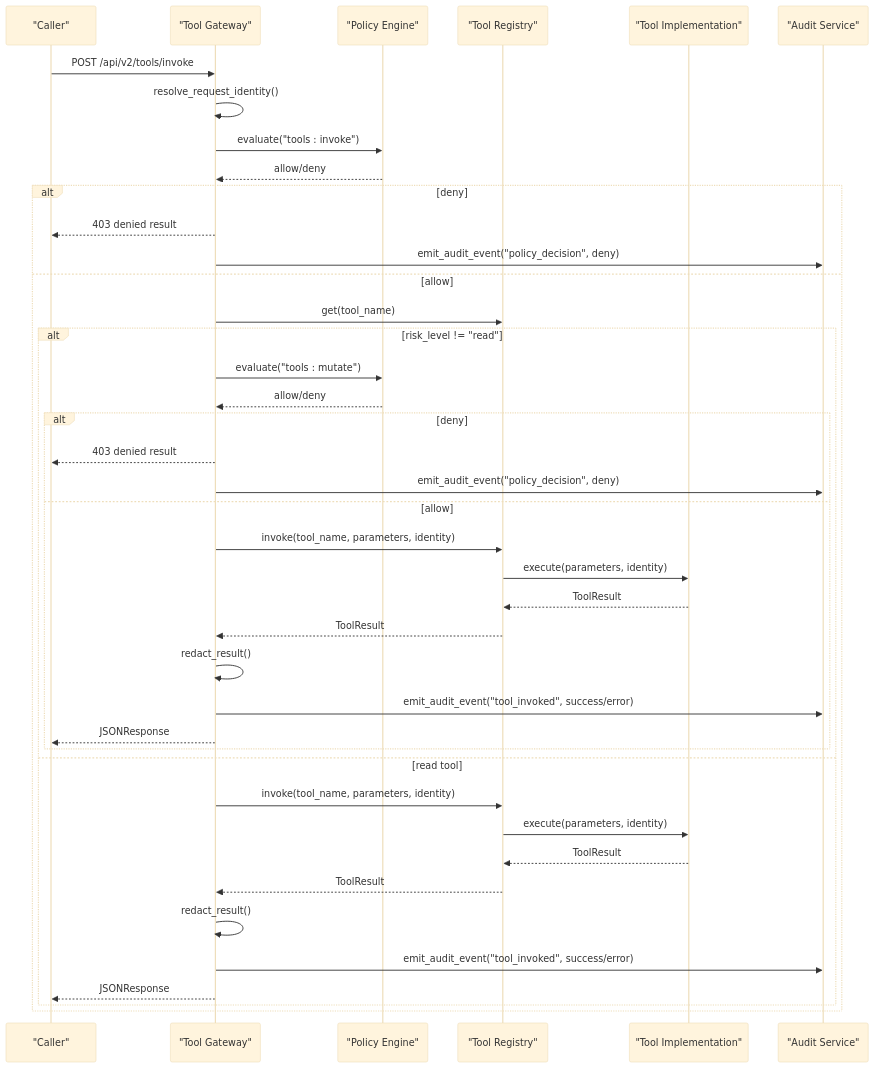
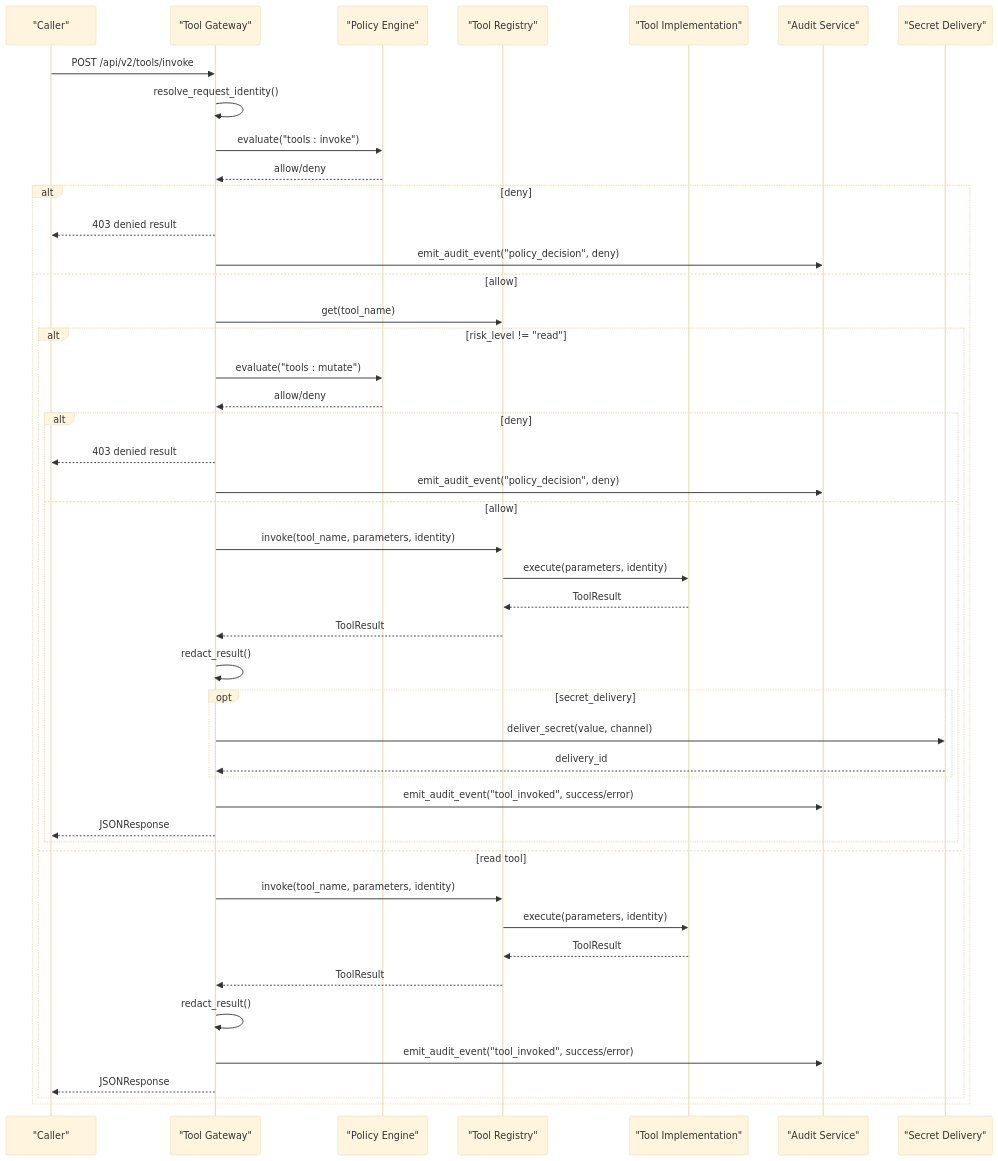
One commit to metasync/luban-aiops changed the second of 11 diagrams in .qoder/repowiki/en/content/Tool Execution Framework/Security and Access Control.md. Above: the diagram before and after it, drawn with Mermaid (base theme). The commit also changed other lines of this file and 56 other files, not shown here.

First line of the commit message:
docs: refresh repowiki knowledge cache (SPEC-062 secret delivery, v0.42.0)

````diff
--- a/.qoder/repowiki/en/content/Tool Execution Framework/Security and Access Control.md
+++ b/.qoder/repowiki/en/content/Tool Execution Framework/Security and Access Control.md
@@ -107,43 +125,48 @@
 ```mermaid
 sequenceDiagram
 participant C as "Caller"
 participant G as "Tool Gateway"
 participant P as "Policy Engine"
 participant R as "Tool Registry"
 participant T as "Tool Implementation"
 participant A as "Audit Service"
+participant D as "Secret Delivery"
 C->>G : POST /api/v2/tools/invoke
 G->>G : resolve_request_identity()
 G->>P : evaluate("tools : invoke")
 P-->>G : allow/deny
 alt deny
 G-->>C : 403 denied result
 G->>A : emit_audit_event("policy_decision", deny)
 else allow
 G->>R : get(tool_name)
 alt risk_level != "read"
 G->>P : evaluate("tools : mutate")
 P-->>G : allow/deny
 alt deny
 G-->>C : 403 denied result
 G->>A : emit_audit_event("policy_decision", deny)
 else allow
 G->>R : invoke(tool_name, parameters, identity)
 R->>T : execute(parameters, identity)
 T-->>R : ToolResult
 R-->>G : ToolResult
 G->>G : redact_result()
+opt secret_delivery
+G->>D : deliver_secret(value, channel)
+D-->>G : delivery_id
+end
 G->>A : emit_audit_event("tool_invoked", success/error)
 G-->>C : JSONResponse
 end
 else read tool
 G->>R : invoke(tool_name, parameters, identity)
 R->>T : execute(parameters, identity)
 T-->>R : ToolResult
 R-->>G : ToolResult
 G->>G : redact_result()
 G->>A : emit_audit_event("tool_invoked", success/error)
 G-->>C : JSONResponse
 end
 end
 ```
````
